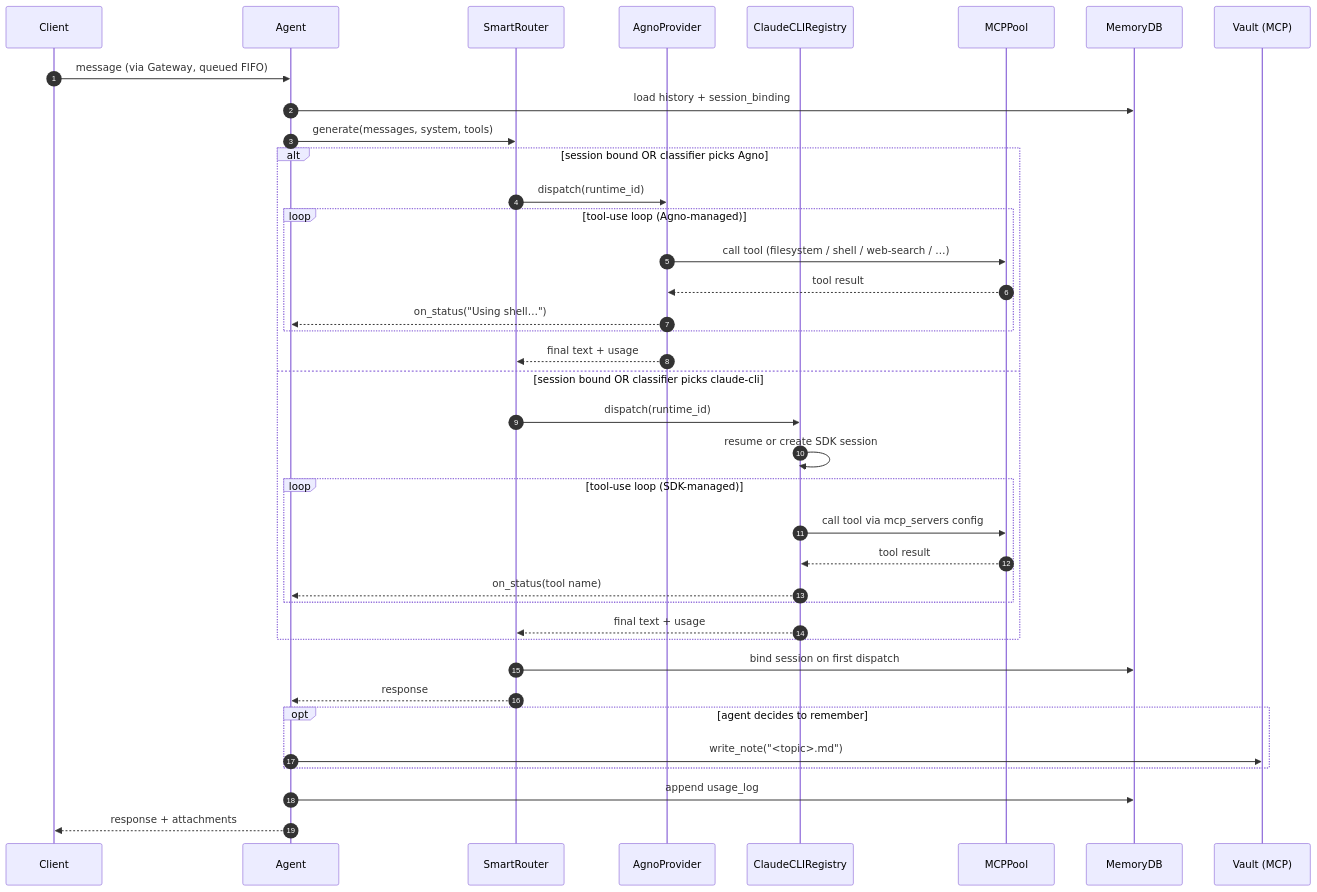
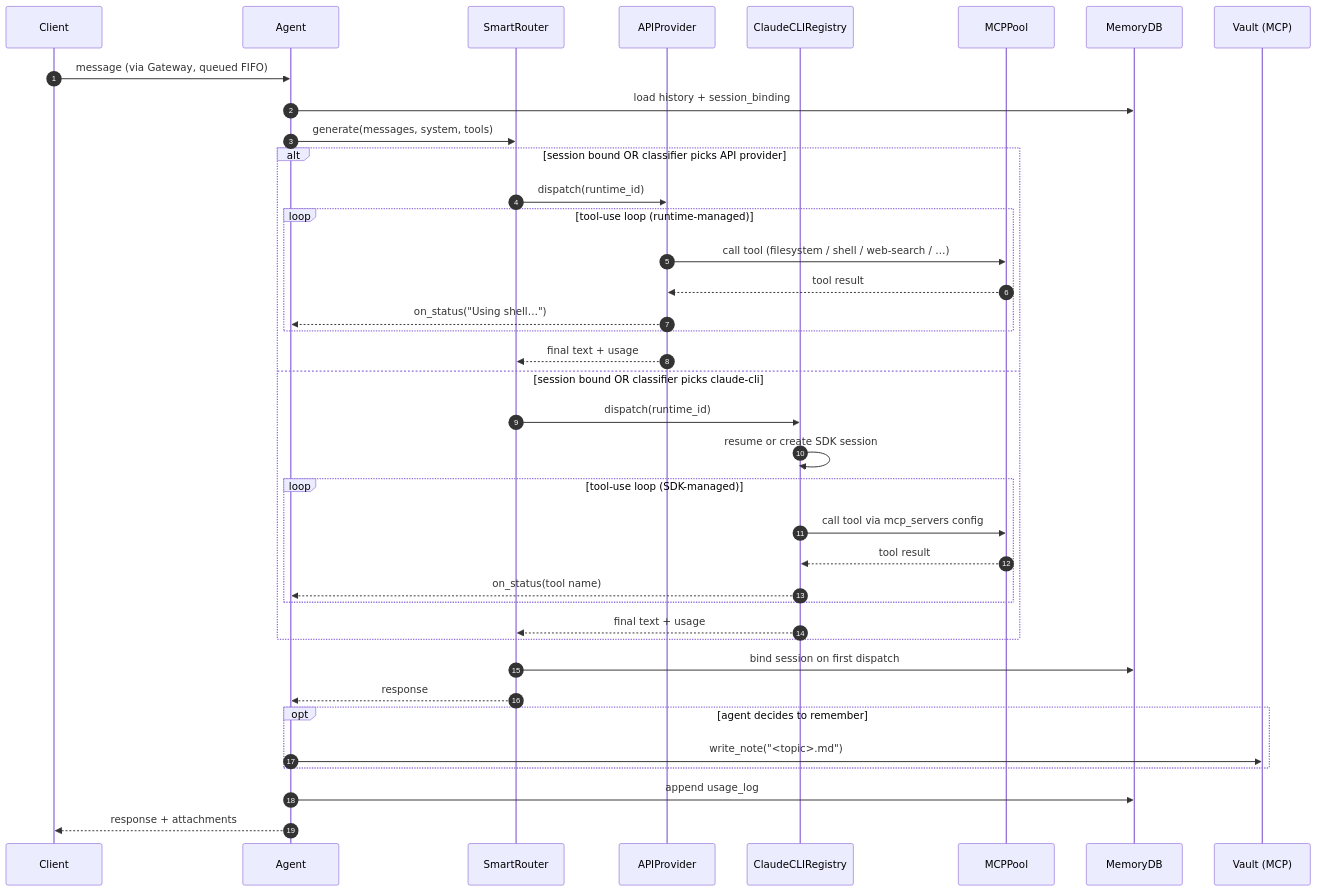
One commit to openagent-uno/openagent-docs changed the second of 9 diagrams in guide/architecture.md. Above: the diagram before and after it, drawn with Mermaid. The commit also changed other lines of this file and 3 other files, not shown here.

First line of the commit message:
docs: drop 'Agno' from guides, name the runtime by what it is

````diff
--- a/guide/architecture.md
+++ b/guide/architecture.md
@@ -60,43 +61,43 @@
 ```mermaid
 sequenceDiagram
     autonumber
     participant C as Client
     participant A as Agent
     participant R as SmartRouter
-    participant AG as AgnoProvider
+    participant AG as APIProvider
     participant CC as ClaudeCLIRegistry
     participant P as MCPPool
     participant DB as MemoryDB
     participant V as Vault (MCP)
 
     C->>A: message (via Gateway, queued FIFO)
     A->>DB: load history + session_binding
     A->>R: generate(messages, system, tools)
 
-    alt session bound OR classifier picks Agno
+    alt session bound OR classifier picks API provider
         R->>AG: dispatch(runtime_id)
-        loop tool-use loop (Agno-managed)
+        loop tool-use loop (runtime-managed)
             AG->>P: call tool (filesystem / shell / web-search / …)
             P-->>AG: tool result
             AG-->>A: on_status("Using shell…")
         end
         AG-->>R: final text + usage
     else session bound OR classifier picks claude-cli
         R->>CC: dispatch(runtime_id)
         CC->>CC: resume or create SDK session
         loop tool-use loop (SDK-managed)
             CC->>P: call tool via mcp_servers config
             P-->>CC: tool result
             CC-->>A: on_status(tool name)
         end
         CC-->>R: final text + usage
     end
 
     R->>DB: bind session on first dispatch
     R-->>A: response
     opt agent decides to remember
         A->>V: write_note("<topic>.md")
     end
     A->>DB: append usage_log
     A-->>C: response + attachments
 ```
````
